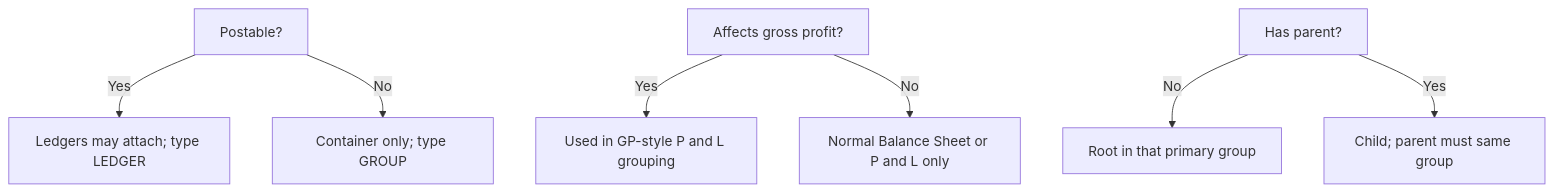
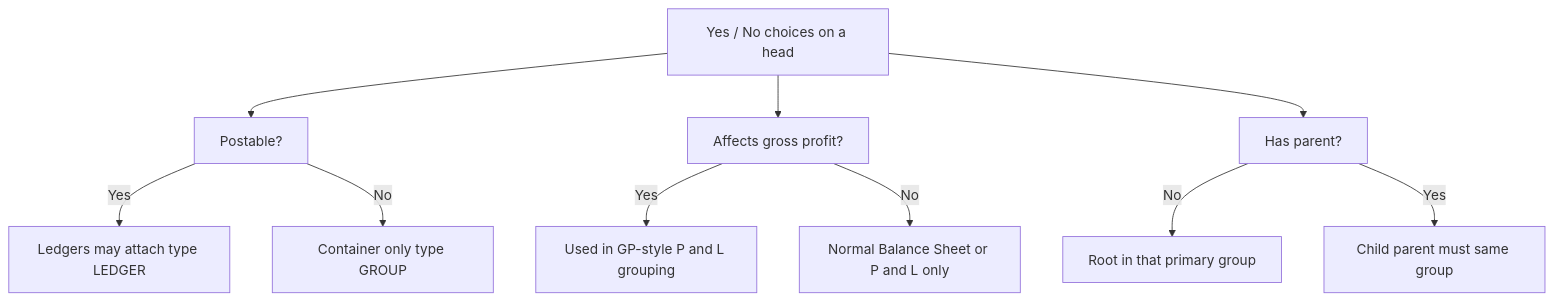
The third of 24 diagrams in v0_final_docs/Accounts/chart-of-accounts.md (Aurifex-Innovations/ERP_docs), drawn with Mermaid before and after one commit.

Commit message:
Update print statement from 'Hello' to 'Goodbye'

````diff
--- a/v0_final_docs/Accounts/chart-of-accounts.md
+++ b/v0_final_docs/Accounts/chart-of-accounts.md
@@ -68,9 +68,13 @@
 ```mermaid
 flowchart TD
-  postableQ["Postable?"] -->|Yes| canAttach["Ledgers may attach; type LEDGER"]
-  postableQ -->|No| groupOnly["Container only; type GROUP"]
-  gpQ["Affects gross profit?"] -->|Yes| inGp["Used in GP-style P and L grouping"]
+  choices["Yes / No choices on a head"]
+  choices --> postableQ["Postable?"]
+  choices --> gpQ["Affects gross profit?"]
+  choices --> parentQ["Has parent?"]
+  postableQ -->|Yes| canAttach["Ledgers may attach type LEDGER"]
+  postableQ -->|No| groupOnly["Container only type GROUP"]
+  gpQ -->|Yes| inGp["Used in GP-style P and L grouping"]
   gpQ -->|No| notGp["Normal Balance Sheet or P and L only"]
-  parentQ["Has parent?"] -->|No| rootHead["Root in that primary group"]
-  parentQ -->|Yes| childHead["Child; parent must same group"]
+  parentQ -->|No| rootHead["Root in that primary group"]
+  parentQ -->|Yes| childHead["Child parent must same group"]
 ```
````
